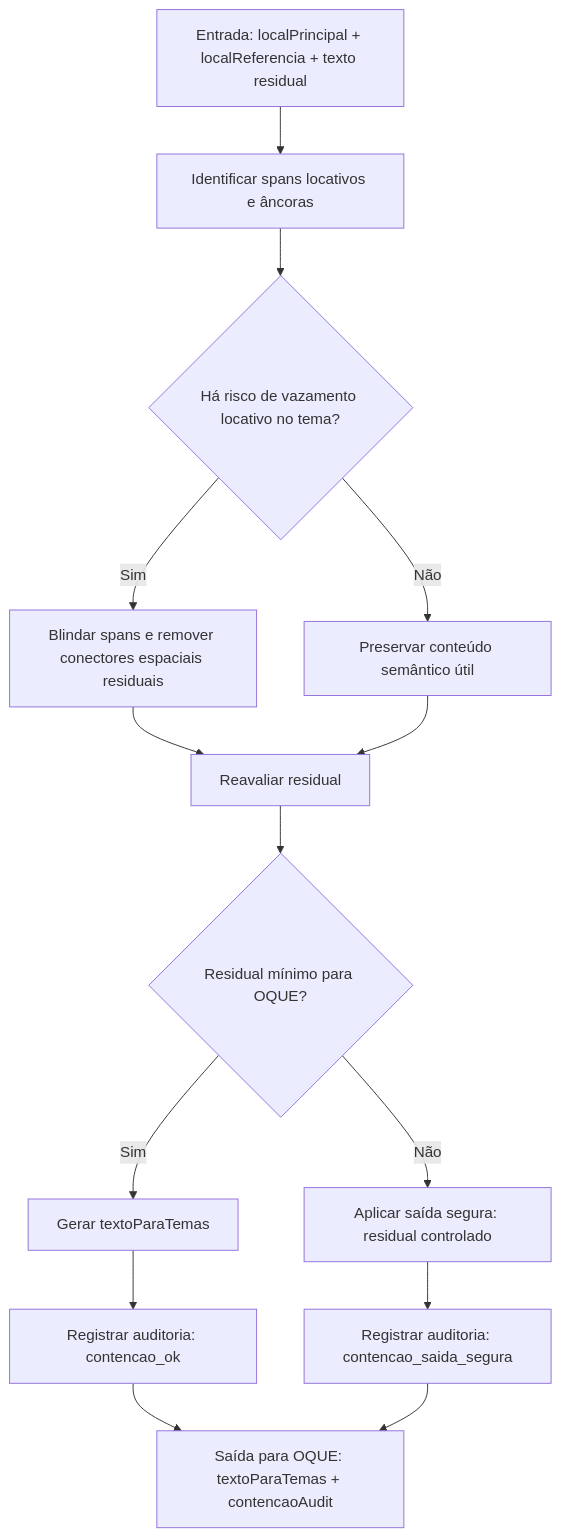
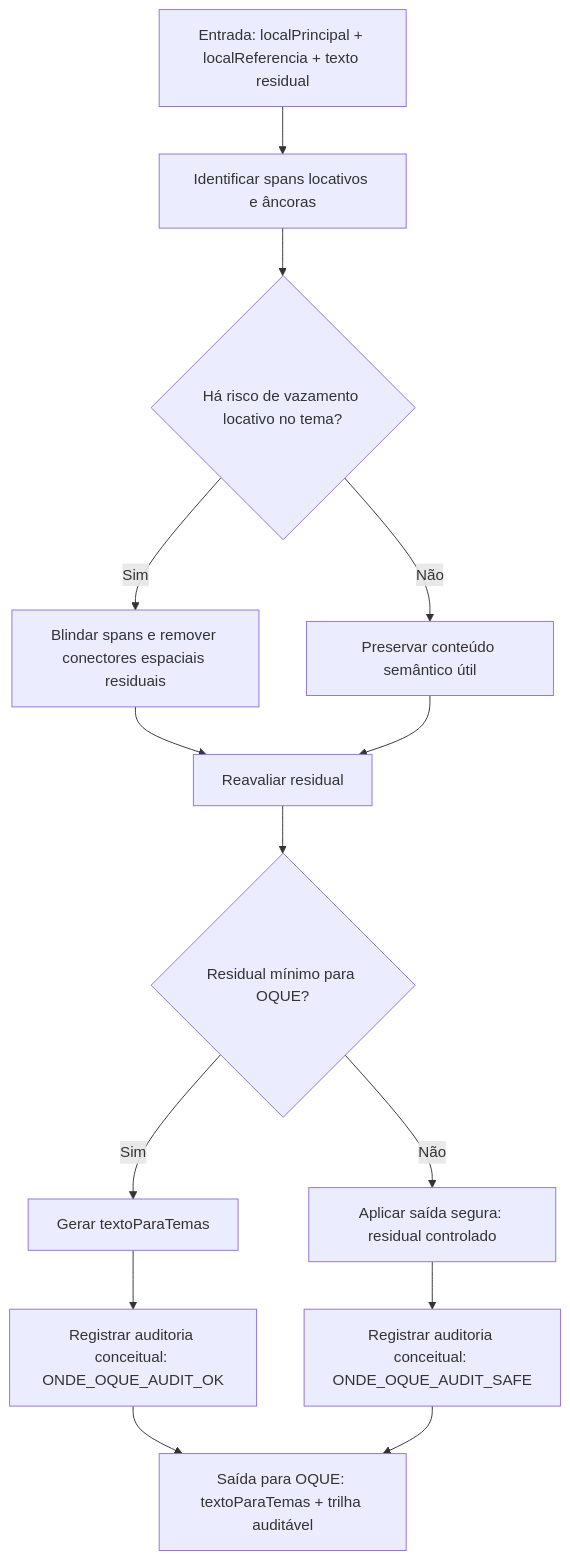
The diagram in apendice_tecnico/diagramas/DT03_contencao_onde_oque.mmd (HeltonBr/TDE-Git), drawn with Mermaid before and after one commit. The commit also changed 6 other files, not shown here.

```diff
--- a/apendice_tecnico/diagramas/DT03_contencao_onde_oque.mmd
+++ b/apendice_tecnico/diagramas/DT03_contencao_onde_oque.mmd
@@ -1,14 +1,14 @@
 flowchart TD
     A[Entrada: localPrincipal + localReferencia + texto residual] --> B[Identificar spans locativos e âncoras]
     B --> C{Há risco de vazamento locativo no tema?}
     C -- Sim --> D[Blindar spans e remover conectores espaciais residuais]
     C -- Não --> E[Preservar conteúdo semântico útil]
     D --> F[Reavaliar residual]
     E --> F
     F --> G{Residual mínimo para OQUE?}
     G -- Sim --> H[Gerar textoParaTemas]
     G -- Não --> I[Aplicar saída segura: residual controlado]
-    H --> J[Registrar auditoria: contencao_ok]
-    I --> K[Registrar auditoria: contencao_saida_segura]
-    J --> L[Saída para OQUE: textoParaTemas + contencaoAudit]
+    H --> J[Registrar auditoria conceitual: ONDE_OQUE_AUDIT_OK]
+    I --> K[Registrar auditoria conceitual: ONDE_OQUE_AUDIT_SAFE]
+    J --> L[Saída para OQUE: textoParaTemas + trilha auditável]
     K --> L
```
